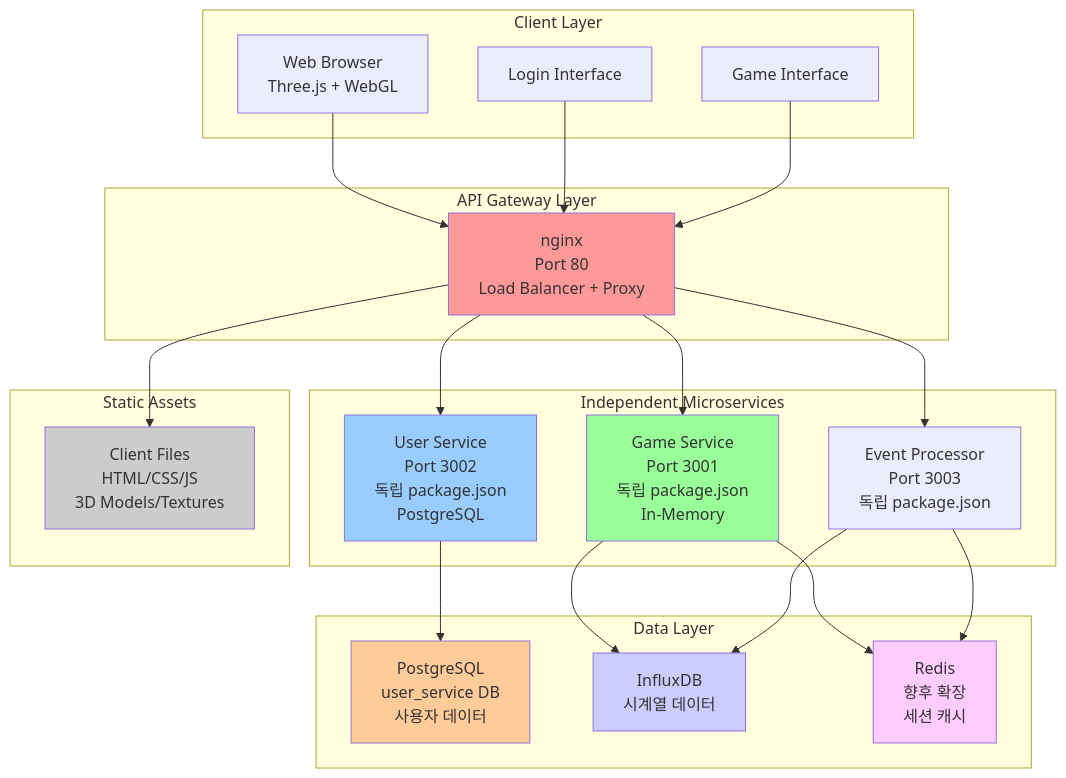
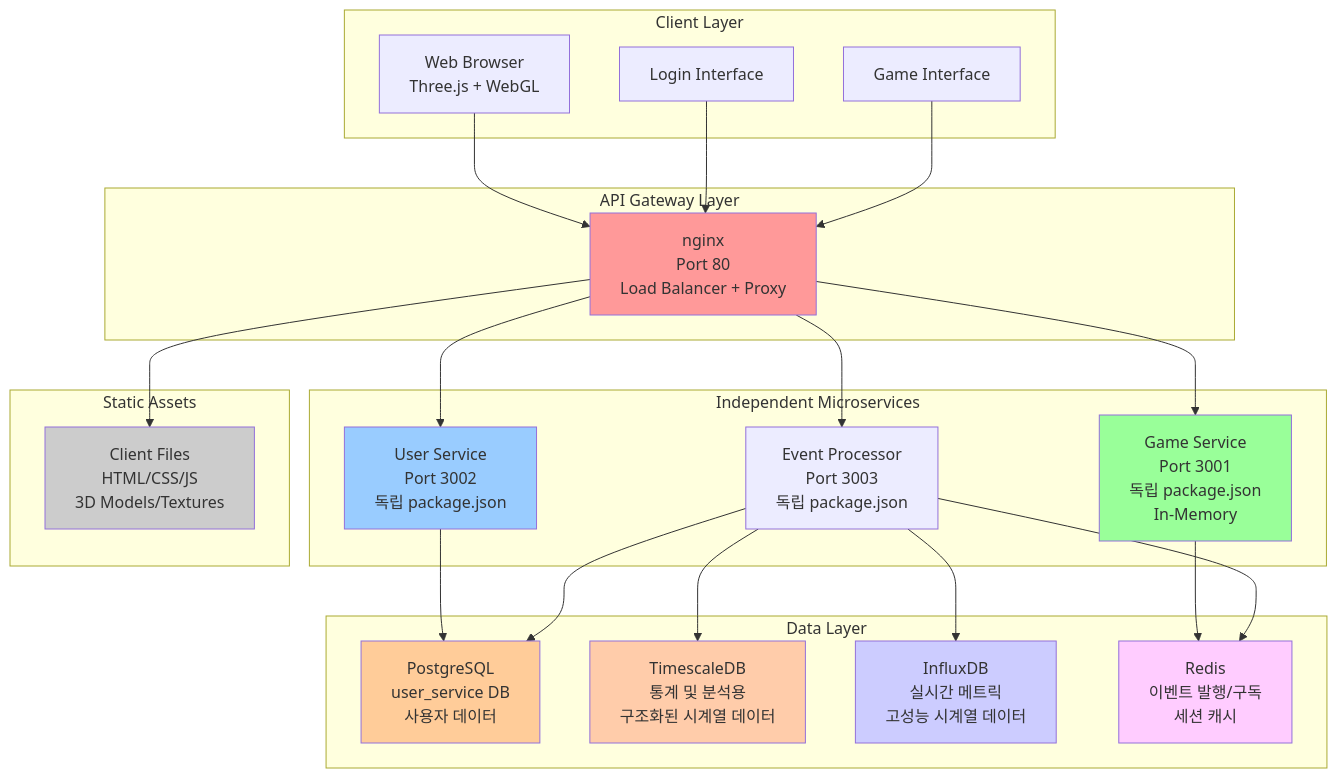
One commit to tanminkwan/test2 changed the first of 11 diagrams in ARCHITECTURE.md. Above: the diagram before and after it, drawn with Mermaid. The commit also changed other lines of this file and 2 other files, not shown here.

Commit message:
Update architecture diagrams to separate PostgreSQL and TimescaleDB, clarify database roles

````diff
--- a/ARCHITECTURE.md
+++ b/ARCHITECTURE.md
@@ -30,51 +30,54 @@
 ```mermaid
 graph TB
     subgraph "Client Layer"
         A[Web Browser<br/>Three.js + WebGL]
         B[Login Interface]
         C[Game Interface]
     end
     
     subgraph "API Gateway Layer"
         D[nginx<br/>Port 80<br/>Load Balancer + Proxy]
     end
     
     subgraph "Independent Microservices"
-        E[User Service<br/>Port 3002<br/>독립 package.json<br/>PostgreSQL]
+        E[User Service<br/>Port 3002<br/>독립 package.json]
         F[Game Service<br/>Port 3001<br/>독립 package.json<br/>In-Memory]
         H[Event Processor<br/>Port 3003<br/>독립 package.json]
     end
     
     subgraph "Data Layer"
         G[PostgreSQL<br/>user_service DB<br/>사용자 데이터]
-        I[InfluxDB<br/>시계열 데이터]
-        K[Redis<br/>향후 확장<br/>세션 캐시]
+        T[TimescaleDB<br/>통계 및 분석용<br/>구조화된 시계열 데이터]
+        I[InfluxDB<br/>실시간 메트릭<br/>고성능 시계열 데이터]
+        K[Redis<br/>이벤트 발행/구독<br/>세션 캐시]
     end
     
     subgraph "Static Assets"
         J[Client Files<br/>HTML/CSS/JS<br/>3D Models/Textures]
     end
     
     A --> D
     B --> D
     C --> D
     
     D --> E
     D --> F
     D --> H
     D --> J
     
     E --> G
-    F --> I
     F --> K
+    H --> G
+    H --> T
     H --> I
     H --> K
     
     style D fill:#ff9999
     style E fill:#99ccff
     style F fill:#99ff99
     style G fill:#ffcc99
+    style T fill:#ffccaa
     style I fill:#ccccff
     style J fill:#cccccc
     style K fill:#ffccff
 ```
````
